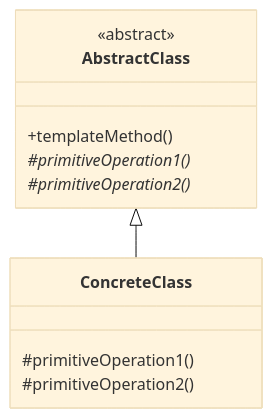
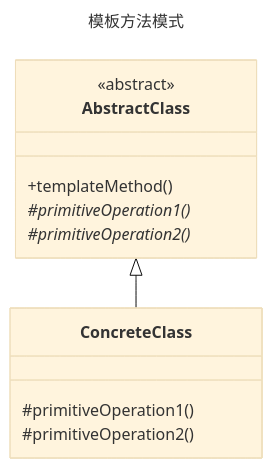
One commit to fengyun89/typescript-design-patterns changed the diagram in template-method/README.md. Above: the diagram before and after it, drawn with Mermaid (base theme). The commit also changed 2 other files, not shown here.

Commit message:
解释器模式类图

````diff
--- a/template-method/README.md
+++ b/template-method/README.md
@@ -1,14 +1,17 @@
 ```mermaid
+---
+title: 模板方法模式
+---
 classDiagram
     class AbstractClass {
+        <<abstract>>
         +templateMethod()
         #primitiveOperation1()*
         #primitiveOperation2()*
     }
-    <<abstract>> AbstractClass
     class ConcreteClass {
         #primitiveOperation1()
         #primitiveOperation2()
     }
     AbstractClass <|-- ConcreteClass
 ```
````
